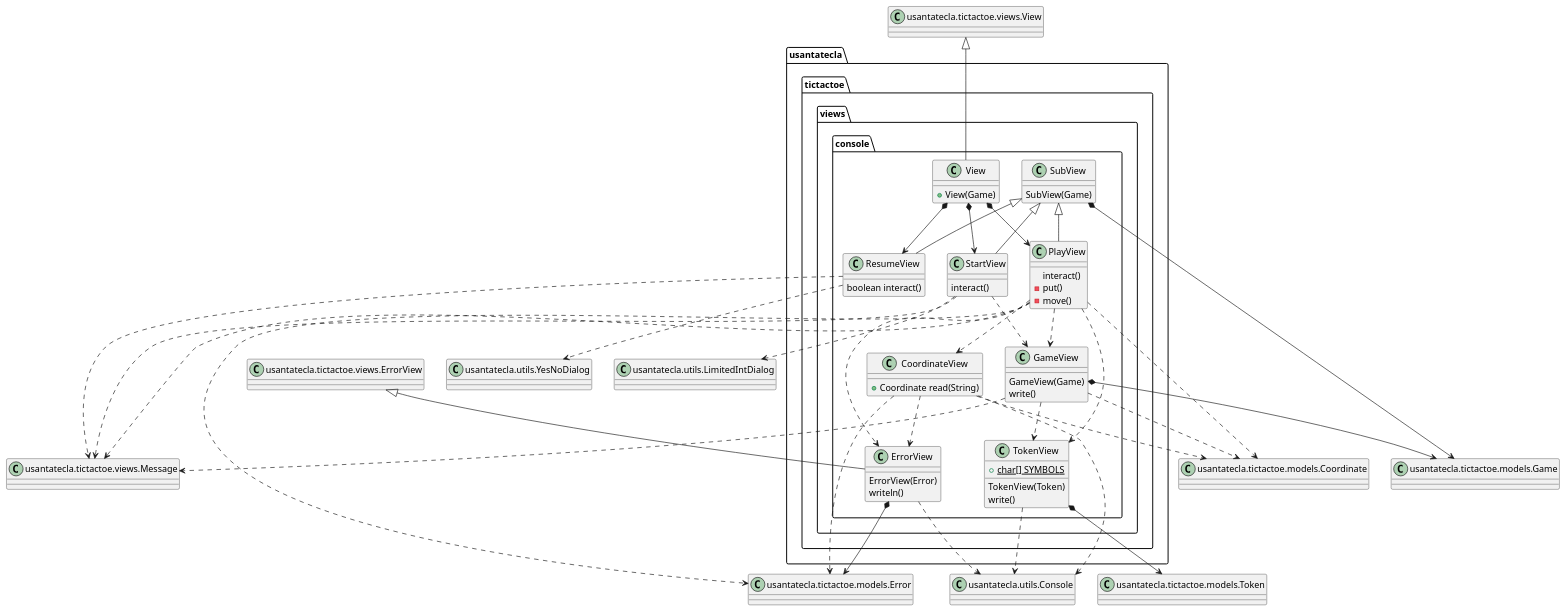
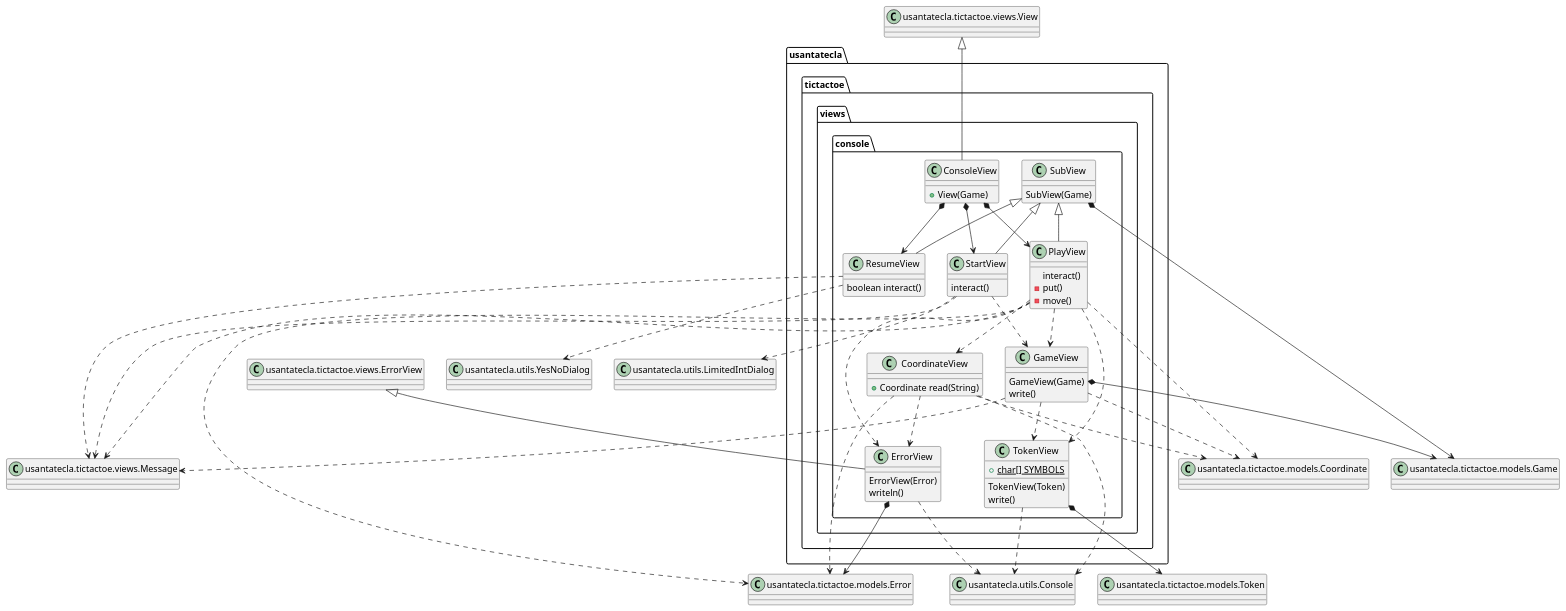
One commit to Jolucaa/USantaTecla-project-ticTacToe changed the third of 5 diagrams in documentView/withoutFactoryMethod/docs/diagrams/src/paquetes.plantuml. Above: the diagram before and after it, drawn with PlantUML. The commit also changed other lines of this file and 16 other files, not shown here.

```diff
--- a/documentView/withoutFactoryMethod/docs/diagrams/src/paquetes.plantuml
+++ b/documentView/withoutFactoryMethod/docs/diagrams/src/paquetes.plantuml
@@ -80,122 +80,122 @@
 @startuml tictactoe.views.console
 class usantatecla.tictactoe.views.console.CoordinateView {
 
     + Coordinate read(String)
 
 }
 
 usantatecla.tictactoe.views.console.CoordinateView ..> usantatecla.tictactoe.views.console.ErrorView
 
 class Coordinate as "usantatecla.tictactoe.models.Coordinate"
 class Error as "usantatecla.tictactoe.models.Error"
 class Console as "usantatecla.utils.Console"
 
 usantatecla.tictactoe.views.console.CoordinateView ..> Console
 usantatecla.tictactoe.views.console.CoordinateView ..> Error
 usantatecla.tictactoe.views.console.CoordinateView ..> Coordinate
 
 class usantatecla.tictactoe.views.console.ErrorView {
 
 	ErrorView(Error)
 	writeln()
 
 }
 
 class ErrorView as "usantatecla.tictactoe.views.ErrorView"
 
 ErrorView <|-- usantatecla.tictactoe.views.console.ErrorView
 usantatecla.tictactoe.views.console.ErrorView ..> Console
 usantatecla.tictactoe.views.console.ErrorView *--> Error
 
 class usantatecla.tictactoe.views.console.GameView {
 
     GameView(Game)
 	write()
 
 }
 
 class Game as "usantatecla.tictactoe.models.Game"
 class Message as "usantatecla.tictactoe.views.Message"
 
 usantatecla.tictactoe.views.console.GameView *--> Game
 usantatecla.tictactoe.views.console.GameView ..> Coordinate
 usantatecla.tictactoe.views.console.GameView ..> Message
 usantatecla.tictactoe.views.console.GameView ..> usantatecla.tictactoe.views.console.TokenView
 
 class usantatecla.tictactoe.views.console.SubView {
 
 	SubView(Game)
 
 }
 
 usantatecla.tictactoe.views.console.SubView *--> Game
 
 class usantatecla.tictactoe.views.console.PlayView {
 
     interact()
     - put()
     - move()
 
 }
 
 usantatecla.tictactoe.views.console.SubView <|-- usantatecla.tictactoe.views.console.PlayView
 usantatecla.tictactoe.views.console.PlayView ..> Coordinate
 usantatecla.tictactoe.views.console.PlayView ..> Message
 usantatecla.tictactoe.views.console.PlayView ..> Error
 usantatecla.tictactoe.views.console.PlayView ..> usantatecla.tictactoe.views.console.ErrorView
 usantatecla.tictactoe.views.console.PlayView ..> usantatecla.tictactoe.views.console.CoordinateView
 usantatecla.tictactoe.views.console.PlayView ..> usantatecla.tictactoe.views.console.GameView
 usantatecla.tictactoe.views.console.PlayView ..> usantatecla.tictactoe.views.console.TokenView
 
 class usantatecla.tictactoe.views.console.ResumeView {
 
 	boolean interact()
 
 }
 
 class YesNoDialog as "usantatecla.utils.YesNoDialog"
 
 usantatecla.tictactoe.views.console.SubView <|-- usantatecla.tictactoe.views.console.ResumeView
 usantatecla.tictactoe.views.console.ResumeView ..> Message
 usantatecla.tictactoe.views.console.ResumeView ..> YesNoDialog
 
 class usantatecla.tictactoe.views.console.StartView {
 
 	interact()
 
 }
 
 class LimitedIntDialog as "usantatecla.utils.LimitedIntDialog"
 
 usantatecla.tictactoe.views.console.SubView <|-- usantatecla.tictactoe.views.console.StartView
 usantatecla.tictactoe.views.console.StartView ..> Message
 usantatecla.tictactoe.views.console.StartView ..> LimitedIntDialog
 usantatecla.tictactoe.views.console.StartView ..> usantatecla.tictactoe.views.console.GameView
 
 class usantatecla.tictactoe.views.console.TokenView {
 
 	+ {static} char[] SYMBOLS
 
 	TokenView(Token)
 	write()
 
 }
 
 class Token as "usantatecla.tictactoe.models.Token"
 
 usantatecla.tictactoe.views.console.TokenView *--> Token
 usantatecla.tictactoe.views.console.TokenView ..> Console
 
-class usantatecla.tictactoe.views.console.View {
+class usantatecla.tictactoe.views.console.ConsoleView {
 
 	+ View(Game)
 
 }
 
 class View as "usantatecla.tictactoe.views.View"
 
-View <|-- usantatecla.tictactoe.views.console.View
-usantatecla.tictactoe.views.console.View *--> usantatecla.tictactoe.views.console.ResumeView
-usantatecla.tictactoe.views.console.View *--> usantatecla.tictactoe.views.console.PlayView
-usantatecla.tictactoe.views.console.View *--> usantatecla.tictactoe.views.console.StartView
+View <|-- usantatecla.tictactoe.views.console.ConsoleView
+usantatecla.tictactoe.views.console.ConsoleView *--> usantatecla.tictactoe.views.console.ResumeView
+usantatecla.tictactoe.views.console.ConsoleView *--> usantatecla.tictactoe.views.console.PlayView
+usantatecla.tictactoe.views.console.ConsoleView *--> usantatecla.tictactoe.views.console.StartView
 @enduml
```
